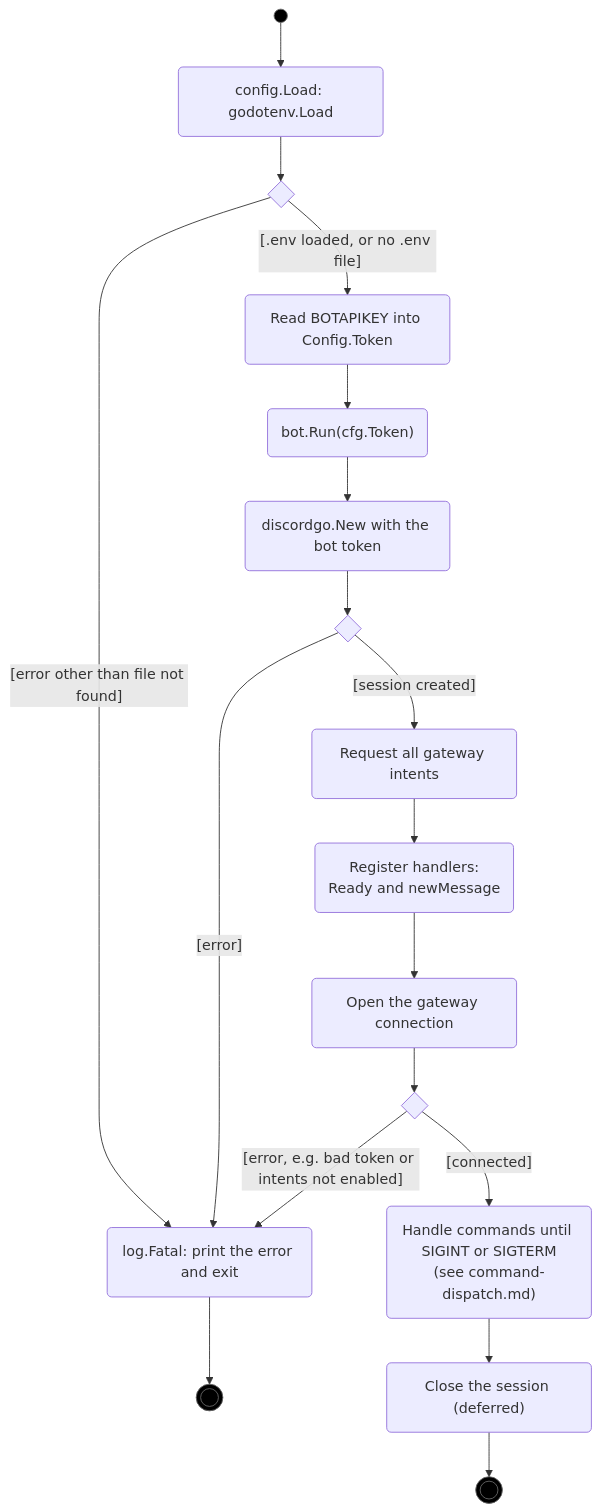
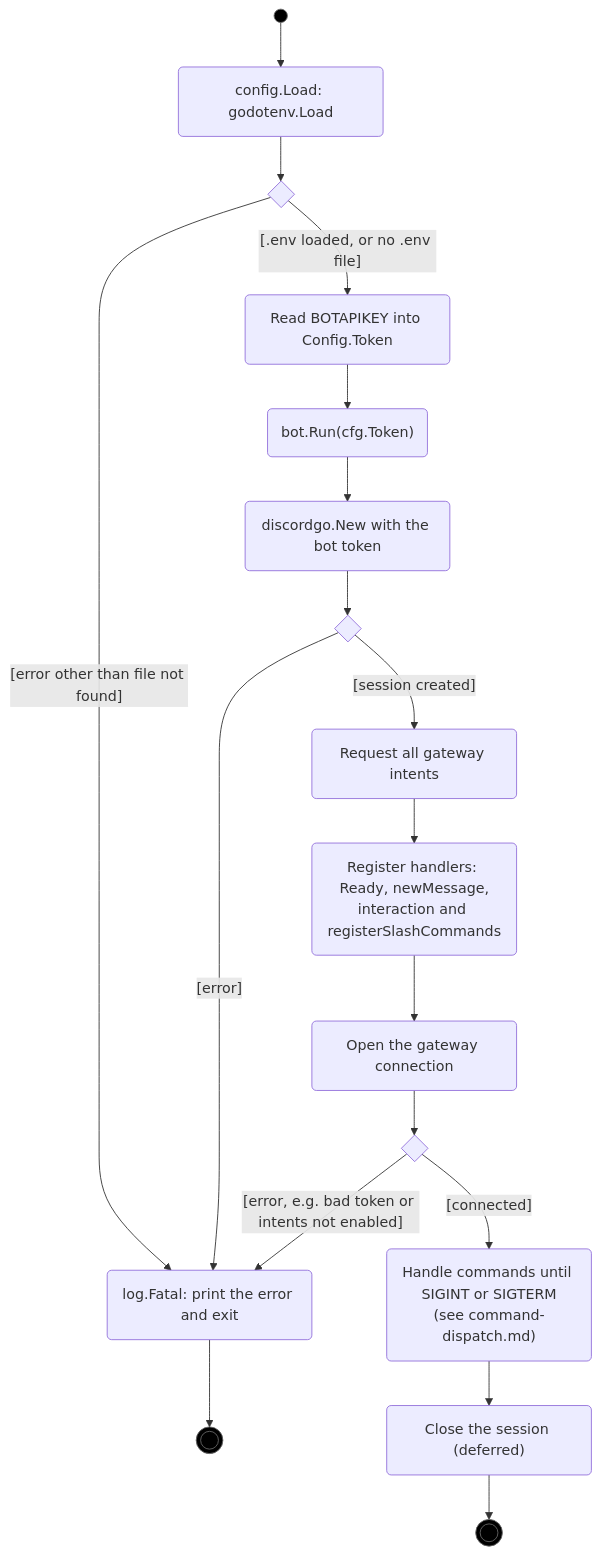
Before and after one commit to RAGNOARAKNOS/BotOnTheClocktower: the first of 2 diagrams in docs/uml/startup.md, drawn with Mermaid. The commit also changed other lines of this file and 20 other files, not shown here.

First line of the commit message:
Refactor command handling to use request struct for slash commands

````diff
--- a/docs/uml/startup.md
+++ b/docs/uml/startup.md
@@ -11,23 +11,23 @@
 ```mermaid
 flowchart TD
     start((" ")):::initial --> load("config.Load: godotenv.Load")
     load --> d1{" "}
     d1 -->|"[error other than file not found]"| fatal("log.Fatal: print the error and exit")
     d1 -->|"[.env loaded, or no .env file]"| fill("Read BOTAPIKEY into Config.Token")
     fill --> run("bot.Run(cfg.Token)")
     run --> newS("discordgo.New with the bot token")
     newS --> d2{" "}
     d2 -->|"[error]"| fatal
     d2 -->|"[session created]"| intents("Request all gateway intents")
-    intents --> handlers("Register handlers:<br/>Ready and newMessage")
+    intents --> handlers("Register handlers: Ready, newMessage,<br/>interaction and registerSlashCommands")
     handlers --> open("Open the gateway connection")
     open --> d3{" "}
     d3 -->|"[error, e.g. bad token or intents not enabled]"| fatal
     d3 -->|"[connected]"| wait("Handle commands until SIGINT or SIGTERM<br/>(see command-dispatch.md)")
     wait --> closeS("Close the session (deferred)")
     closeS --> stopOk(((" "))):::final
     fatal --> stopErr(((" "))):::final
 
     classDef initial fill:#000,stroke:#666
     classDef final fill:#000,stroke:#666
 ```
````
